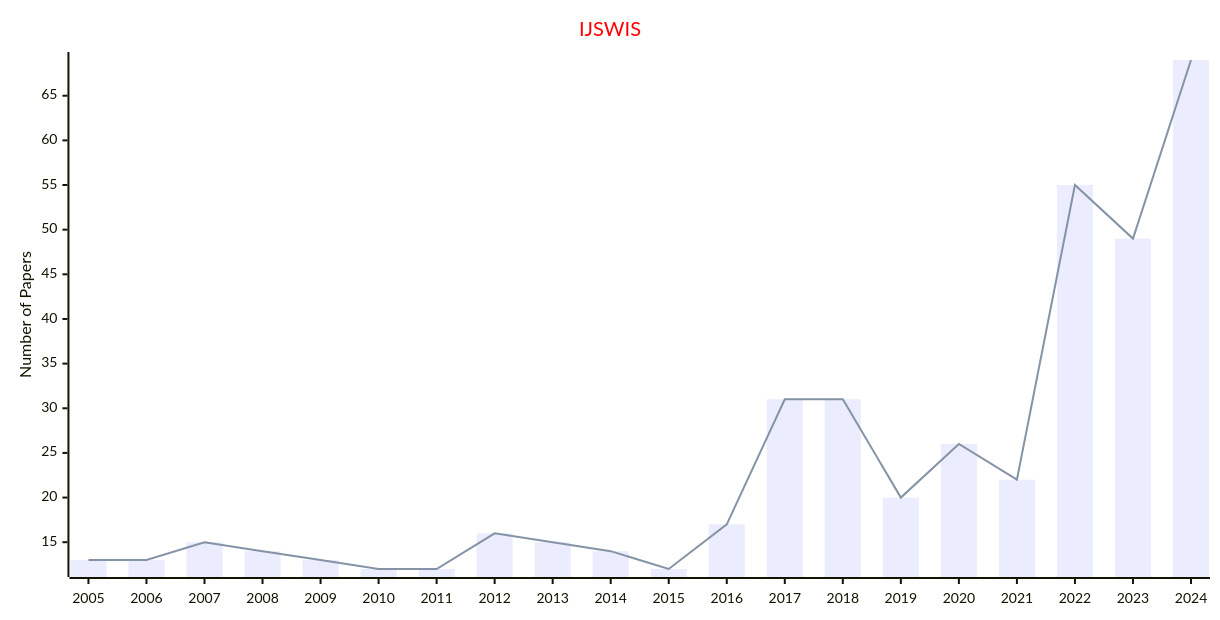
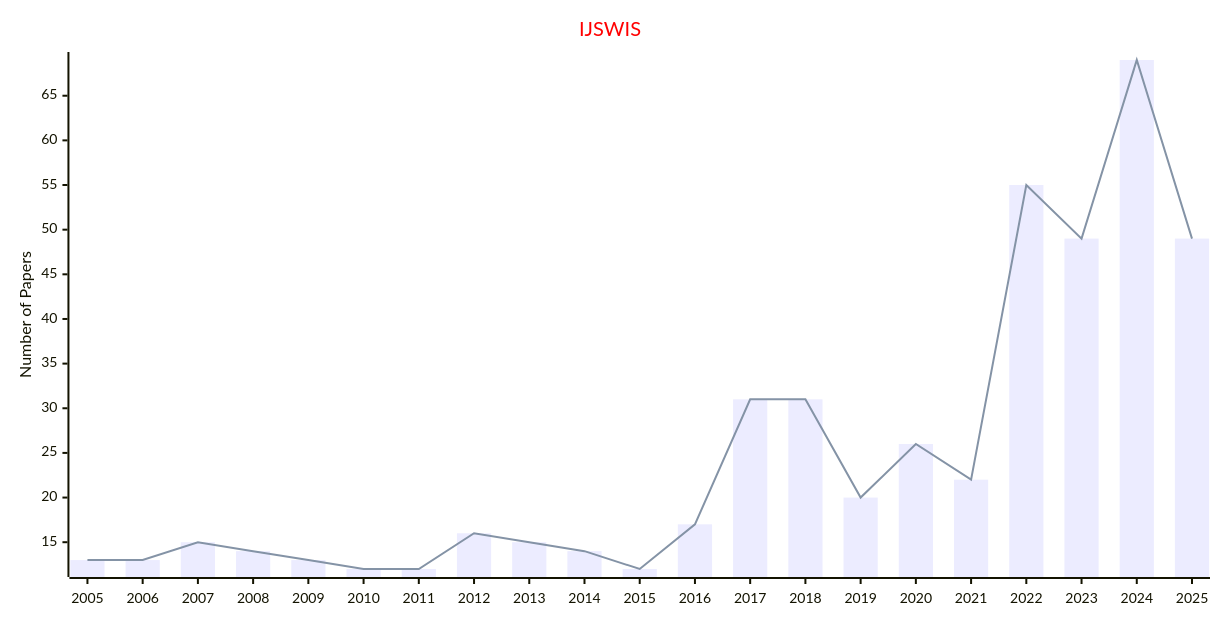
The first of 2 diagrams in docs/data/Journals/Statistics_Journals/Semantic_Web.md (Easy-PhD/AILinks), drawn with Mermaid before and after one commit. The commit also changed other lines of this file and 93 other files, not shown here.

````diff
--- a/docs/data/Journals/Statistics_Journals/Semantic_Web.md
+++ b/docs/data/Journals/Statistics_Journals/Semantic_Web.md
@@ -9,17 +9,17 @@
 ```mermaid
 ---
 config:
     xyChart:
         width: 1200
         height: 600
     themeVariables:
         xyChart:
             titleColor: "#ff0000"
 ---
 xychart-beta
     title "IJSWIS"
-    x-axis [2005, 2006, 2007, 2008, 2009, 2010, 2011, 2012, 2013, 2014, 2015, 2016, 2017, 2018, 2019, 2020, 2021, 2022, 2023, 2024]
+    x-axis [2005, 2006, 2007, 2008, 2009, 2010, 2011, 2012, 2013, 2014, 2015, 2016, 2017, 2018, 2019, 2020, 2021, 2022, 2023, 2024, 2025]
     y-axis "Number of Papers"
-    bar [13, 13, 15, 14, 13, 12, 12, 16, 15, 14, 12, 17, 31, 31, 20, 26, 22, 55, 49, 69]
-    line [13, 13, 15, 14, 13, 12, 12, 16, 15, 14, 12, 17, 31, 31, 20, 26, 22, 55, 49, 69]
+    bar [13, 13, 15, 14, 13, 12, 12, 16, 15, 14, 12, 17, 31, 31, 20, 26, 22, 55, 49, 69, 49]
+    line [13, 13, 15, 14, 13, 12, 12, 16, 15, 14, 12, 17, 31, 31, 20, 26, 22, 55, 49, 69, 49]
 ```
````
